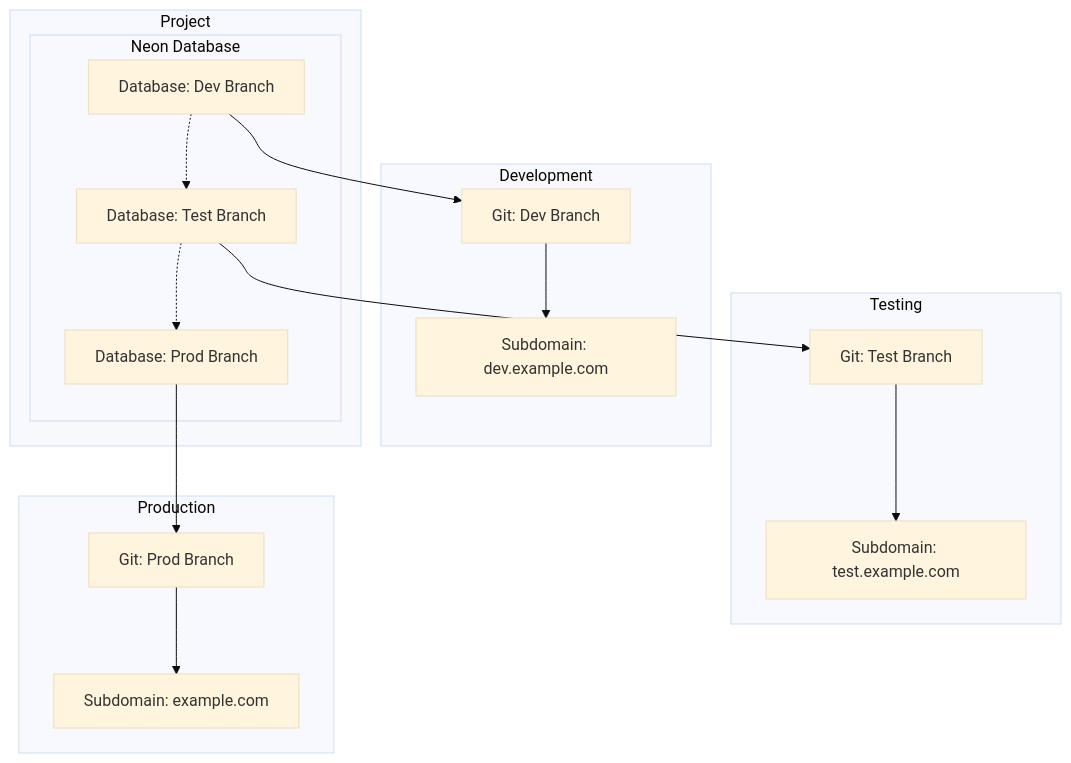
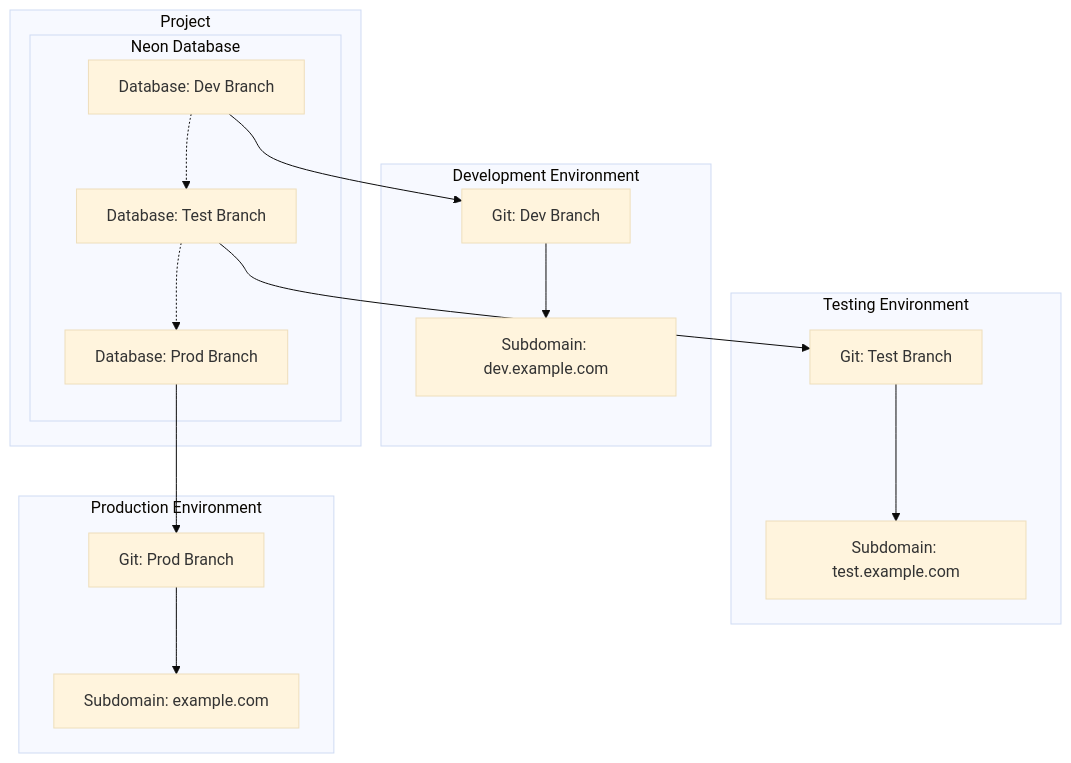
The diagram in README.md (siegerts/astro-lucia-auth-neon), drawn with Mermaid (base theme) before and after one commit. The commit also changed other lines of this file, not shown here.

````diff
--- a/README.md
+++ b/README.md
@@ -107,39 +105,39 @@
 ```mermaid
 
 graph TD
     subgraph neon_project [Project]
 
         subgraph neon_db [Neon Database]
             dev_db[Database: Dev Branch]
             test_db[Database: Test Branch]
             prod_db[Database: Prod Branch]
         end
     end
 
-    subgraph dev [Development]
+    subgraph dev [Development Environment]
         dev_git[Git: Dev Branch]
         dev_subdomain[Subdomain: dev.example.com]
     end
 
-    subgraph test [Testing]
+    subgraph test [Testing Environment]
         test_git[Git: Test Branch]
         test_subdomain[Subdomain: test.example.com]
     end
 
-    subgraph prod [Production]
+    subgraph prod [Production Environment]
         prod_git[Git: Prod Branch]
         prod_subdomain[Subdomain: example.com]
     end
 
     dev_db --> dev_git
     dev_git --> dev_subdomain
     dev_db -.-> test_db
 
     test_db --> test_git
     test_git --> test_subdomain
     test_db -.-> prod_db
 
     prod_db --> prod_git
     prod_git --> prod_subdomain
 
 ```
````
